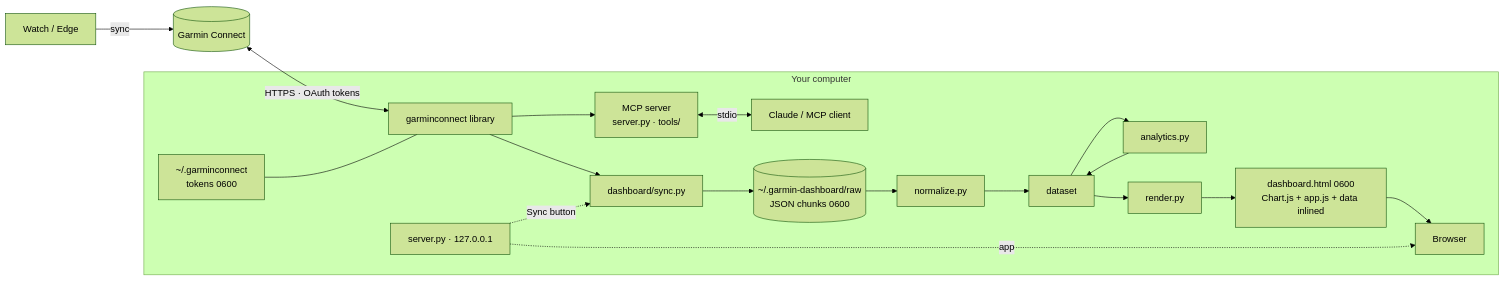
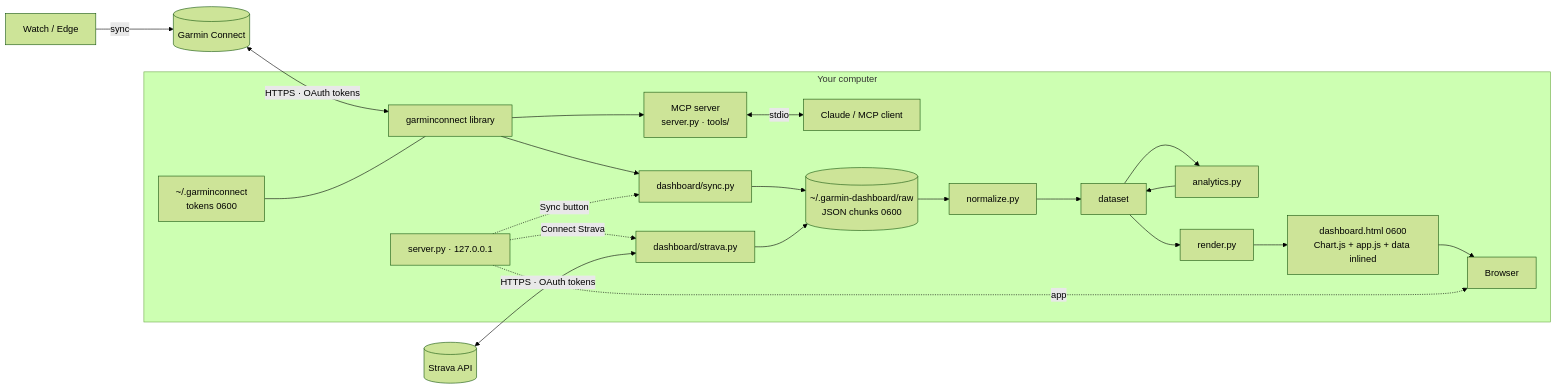
One commit to scortes5/garmin-connect-mcp changed the diagram in docs/ARCHITECTURE.md. Above: the diagram before and after it, drawn with Mermaid (forest theme). The commit also changed other lines of this file and 20 other files, not shown here.

First line of the commit message:
feat(dashboard): filters, click-through panel, Data tab and Strava views (1.4.0)

````diff
--- a/docs/ARCHITECTURE.md
+++ b/docs/ARCHITECTURE.md
@@ -10,18 +10,21 @@
 ```mermaid
 flowchart LR
     W[Watch / Edge] -->|sync| GC[(Garmin Connect)]
     GC <-->|HTTPS · OAuth tokens| L[garminconnect library]
     subgraph local[Your computer]
         T[~/.garminconnect<br/>tokens 0600] --- L
         L --> MCP[MCP server<br/>server.py · tools/]
         L --> SYNC[dashboard/sync.py]
         MCP <-->|stdio| C[Claude / MCP client]
         SYNC --> CACHE[(~/.garmin-dashboard/raw<br/>JSON chunks 0600)]
+        ST[dashboard/strava.py] --> CACHE
         CACHE --> NORM[normalize.py] --> DS[dataset]
         DS --> AN[analytics.py] --> DS
         DS --> R[render.py] --> HTML[dashboard.html 0600<br/>Chart.js + app.js + data inlined]
         HTML --> B[Browser]
         SRV[server.py · 127.0.0.1] -.->|app| B
         SRV -.->|Sync button| SYNC
+        SRV -.->|Connect Strava| ST
     end
+    STRAVA[(Strava API)] <-->|HTTPS · OAuth tokens| ST
 ```
````
